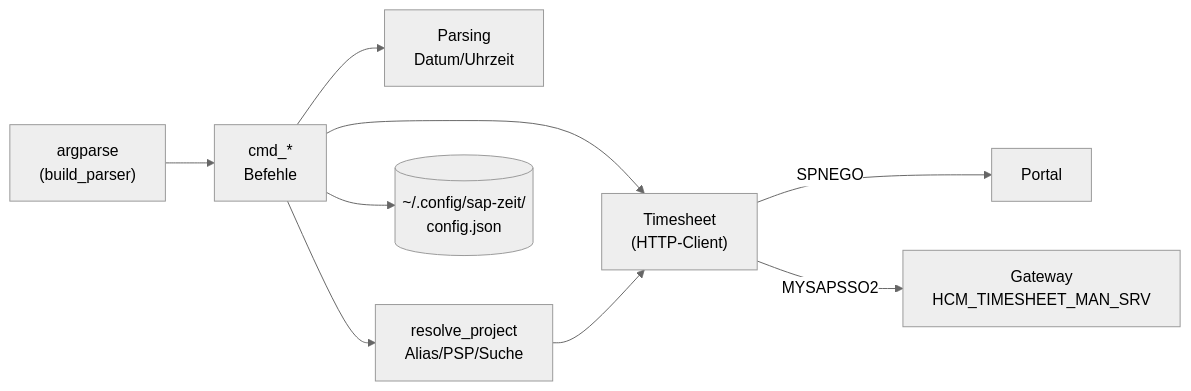
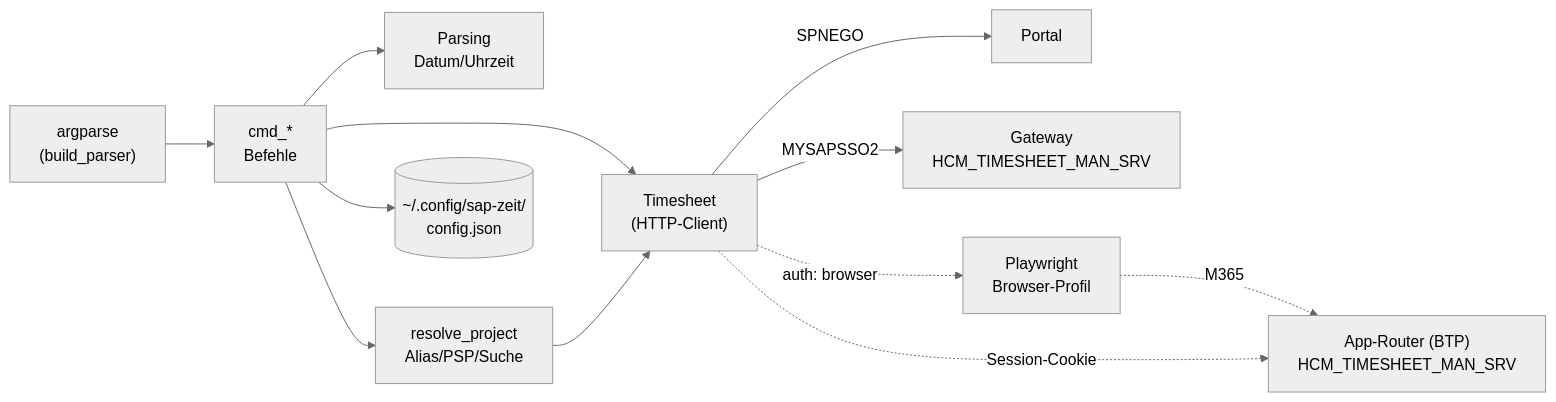
One commit to tbrtje/sap-fiori-auth changed the diagram in docs/FUNKTIONSWEISE.md. Above: the diagram before and after it, drawn with Mermaid (neutral theme). The commit also changed other lines of this file and 3 other files, not shown here.

````diff
--- a/docs/FUNKTIONSWEISE.md
+++ b/docs/FUNKTIONSWEISE.md
@@ -8,11 +8,14 @@
 ```mermaid
 flowchart LR
     CLI["argparse<br/>(build_parser)"] --> CMD["cmd_*<br/>Befehle"]
     CMD --> PARSE["Parsing<br/>Datum/Uhrzeit"]
     CMD --> RES["resolve_project<br/>Alias/PSP/Suche"]
     CMD --> TS["Timesheet<br/>(HTTP-Client)"]
     RES --> TS
     CMD --> CFG[("~/.config/sap-zeit/<br/>config.json")]
     TS -->|SPNEGO| PORTAL["Portal"]
     TS -->|MYSAPSSO2| GW["Gateway<br/>HCM_TIMESHEET_MAN_SRV"]
+    TS -.->|"auth: browser"| PW["Playwright<br/>Browser-Profil"]
+    PW -.->|M365| AR["App-Router (BTP)<br/>HCM_TIMESHEET_MAN_SRV"]
+    TS -.->|Session-Cookie| AR
 ```
````
